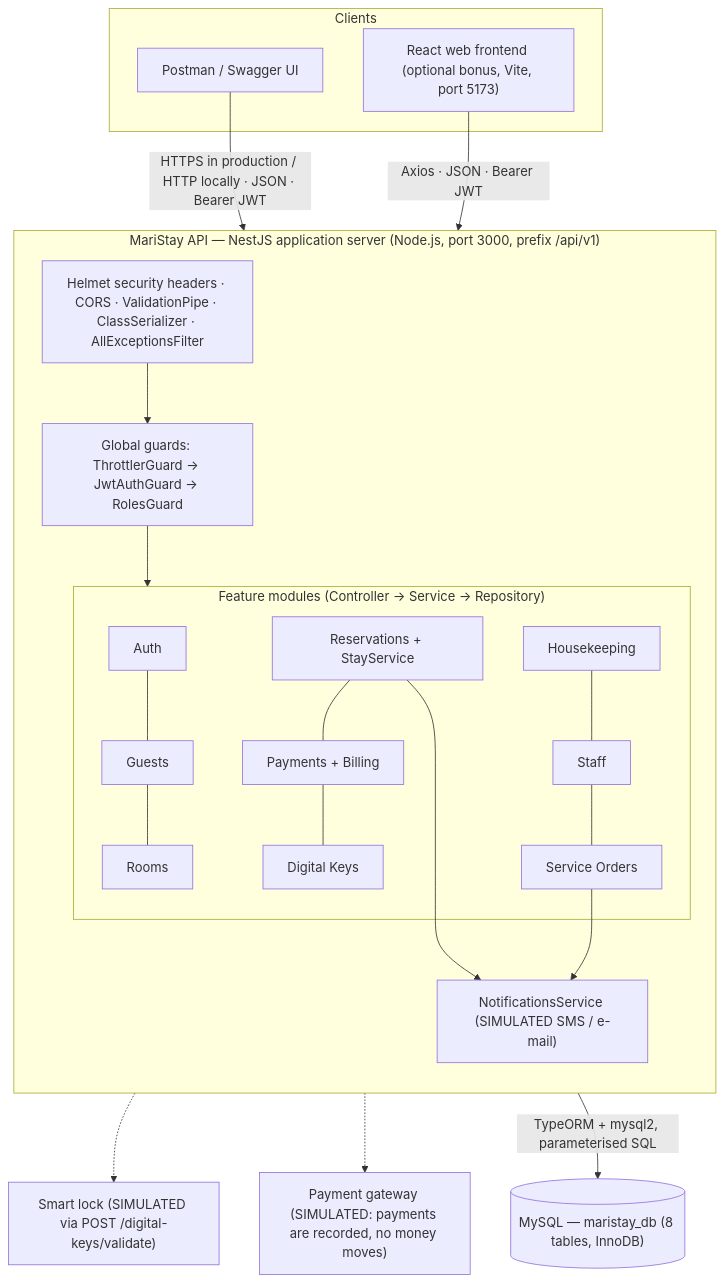
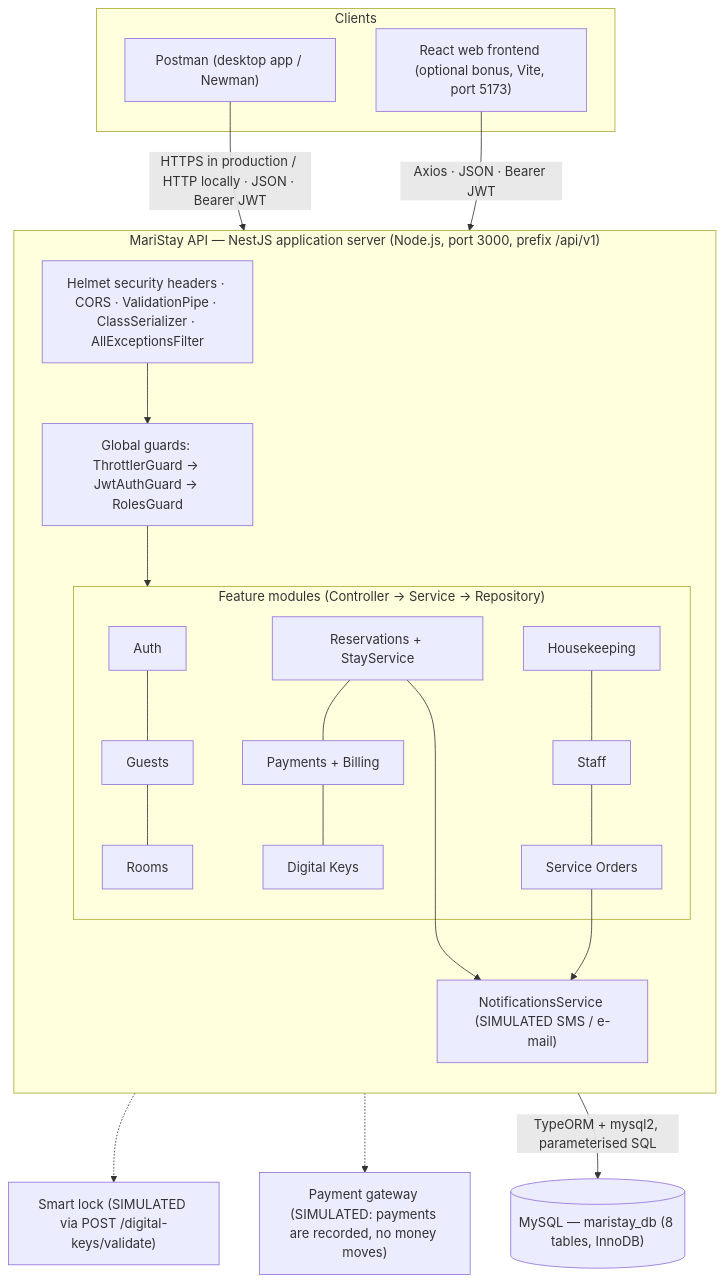
One commit to reyesgeero001/Maristay changed the first of 6 diagrams in docs/SYSTEM_ARCHITECTURE.md. Above: the diagram before and after it, drawn with Mermaid. The commit also changed other lines of this file and 20 other files, not shown here.

````diff
--- a/docs/SYSTEM_ARCHITECTURE.md
+++ b/docs/SYSTEM_ARCHITECTURE.md
@@ -7,32 +7,32 @@
 ```mermaid
 flowchart TB
     subgraph Clients["Clients"]
-        PM["Postman / Swagger UI"]
+        PM["Postman (desktop app / Newman)"]
         FE["React web frontend (optional bonus, Vite, port 5173)"]
     end
 
     subgraph API["MariStay API — NestJS application server (Node.js, port 3000, prefix /api/v1)"]
         direction TB
         MW["Helmet security headers · CORS · ValidationPipe · ClassSerializer · AllExceptionsFilter"]
         G["Global guards: ThrottlerGuard → JwtAuthGuard → RolesGuard"]
         subgraph Modules["Feature modules (Controller → Service → Repository)"]
             AUTH["Auth"] --- GUESTS["Guests"] --- ROOMS["Rooms"]
             RES["Reservations + StayService"] --- PAY["Payments + Billing"] --- KEYS["Digital Keys"]
             HK["Housekeeping"] --- STAFF["Staff"] --- SO["Service Orders"]
         end
         NOTIF["NotificationsService (SIMULATED SMS / e-mail)"]
     end
 
     DB[("MySQL — maristay_db (8 tables, InnoDB)")]
     LOCK["Smart lock (SIMULATED via POST /digital-keys/validate)"]
     PG["Payment gateway (SIMULATED: payments are recorded, no money moves)"]
 
     PM -->|HTTPS in production / HTTP locally · JSON · Bearer JWT| MW
     FE -->|Axios · JSON · Bearer JWT| MW
     MW --> G --> Modules
     Modules -->|TypeORM + mysql2, parameterised SQL| DB
     RES --> NOTIF
     SO --> NOTIF
     KEYS -.-> LOCK
     PAY -.-> PG
 ```
````
